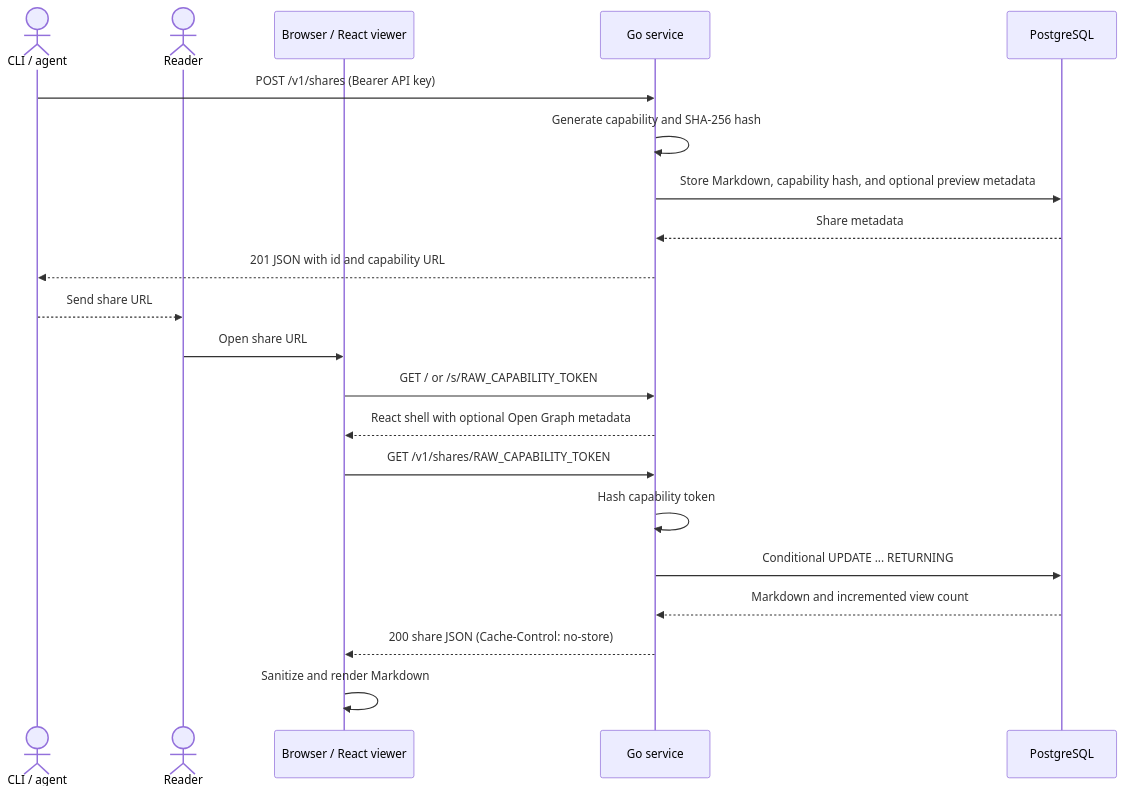
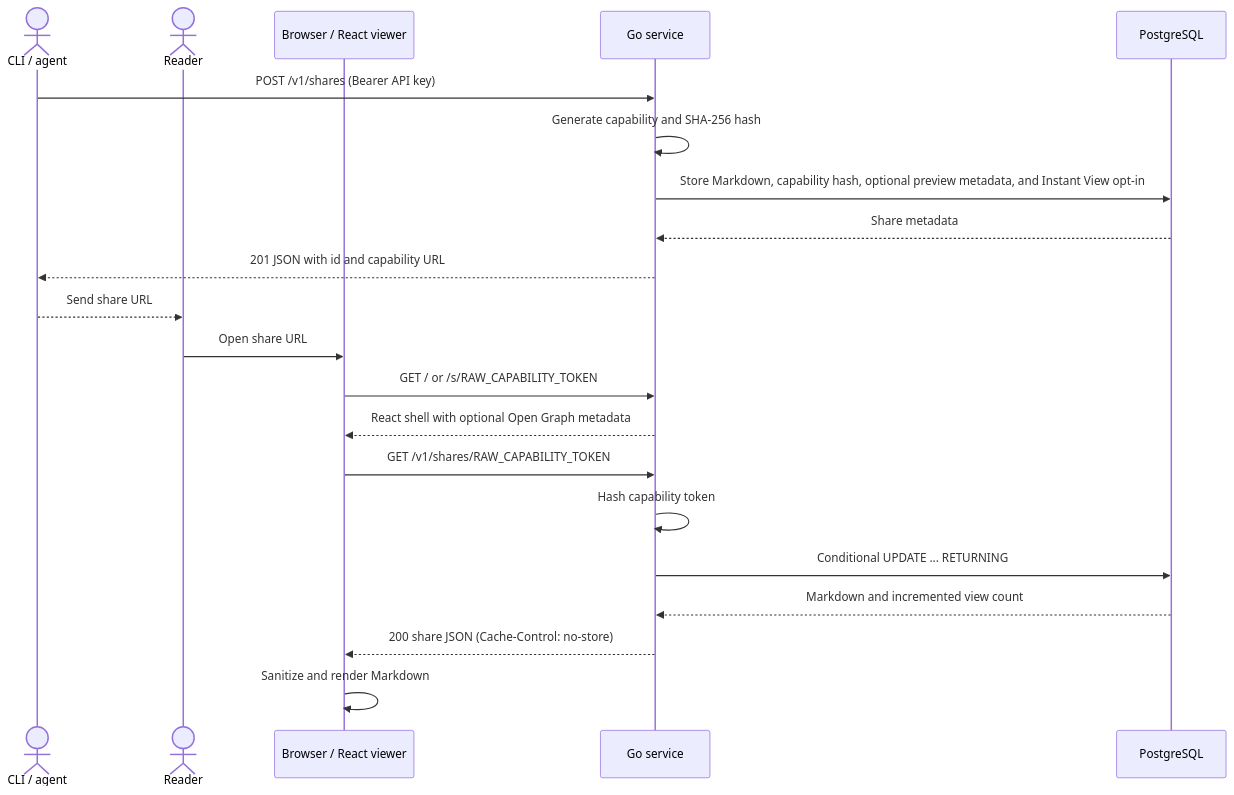
Before and after one commit to narumiruna/morsel: the second of 2 diagrams in README.md, drawn with Mermaid. The commit also changed other lines of this file and 17 other files, not shown here.

Commit message:
feat(preview): add Telegram Instant View opt-in

````diff
--- a/README.md
+++ b/README.md
@@ -108,24 +123,24 @@
 ```mermaid
 sequenceDiagram
     actor Creator as CLI / agent
     actor Reader
     participant Viewer as Browser / React viewer
     participant Morsel as Go service
     participant DB as PostgreSQL
 
     Creator->>Morsel: POST /v1/shares (Bearer API key)
     Morsel->>Morsel: Generate capability and SHA-256 hash
-    Morsel->>DB: Store Markdown, capability hash, and optional preview metadata
+    Morsel->>DB: Store Markdown, capability hash, optional preview metadata, and Instant View opt-in
     DB-->>Morsel: Share metadata
     Morsel-->>Creator: 201 JSON with id and capability URL
     Creator-->>Reader: Send share URL
     Reader->>Viewer: Open share URL
     Viewer->>Morsel: GET / or /s/RAW_CAPABILITY_TOKEN
     Morsel-->>Viewer: React shell with optional Open Graph metadata
     Viewer->>Morsel: GET /v1/shares/RAW_CAPABILITY_TOKEN
     Morsel->>Morsel: Hash capability token
     Morsel->>DB: Conditional UPDATE ... RETURNING
     DB-->>Morsel: Markdown and incremented view count
     Morsel-->>Viewer: 200 share JSON (Cache-Control: no-store)
     Viewer->>Viewer: Sanitize and render Markdown
 ```
````
